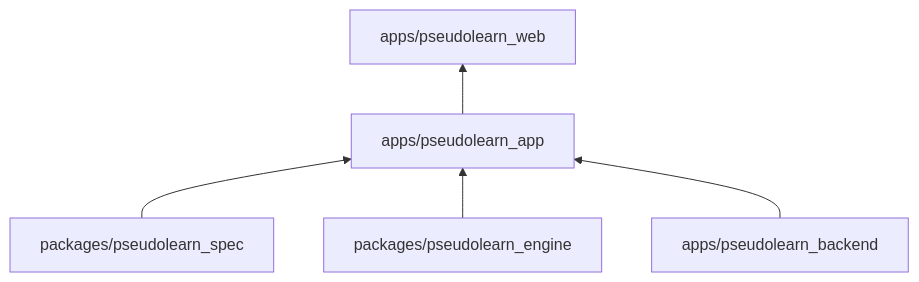
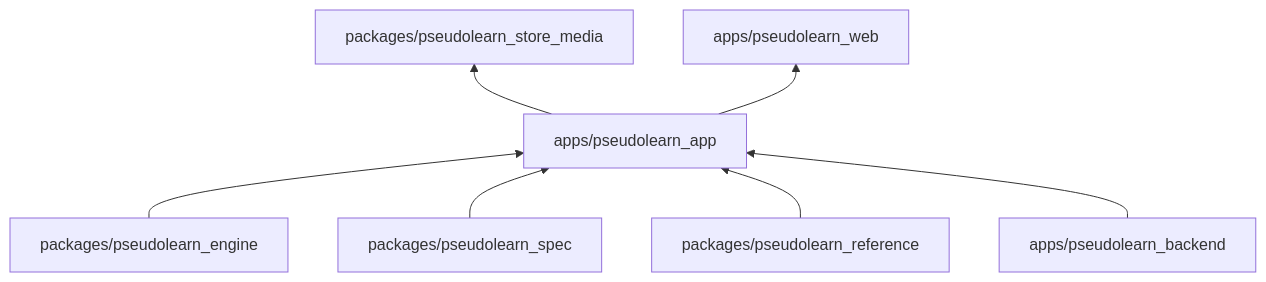
The first of 3 diagrams in apps/pseudolearn_app/README.md (cgutieco/pseudolearn), drawn with Mermaid before and after one commit. The commit also changed other lines of this file and 4 other files, not shown here.

Commit message:
docs(README): update content for pseudolearn_web and improve structure

````diff
--- a/apps/pseudolearn_app/README.md
+++ b/apps/pseudolearn_app/README.md
@@ -13,7 +12,9 @@
 ```mermaid
 flowchart BT
+    engine["packages/pseudolearn_engine"] --> app["apps/pseudolearn_app"]
     spec["packages/pseudolearn_spec"] --> app
-    engine["packages/pseudolearn_engine"] --> app
+    reference["packages/pseudolearn_reference"] --> app
     backend["apps/pseudolearn_backend"] --> app
-    app["apps/pseudolearn_app"] --> web["apps/pseudolearn_web"]
+    app --> media["packages/pseudolearn_store_media"]
+    app --> web["apps/pseudolearn_web"]
 ```
````
